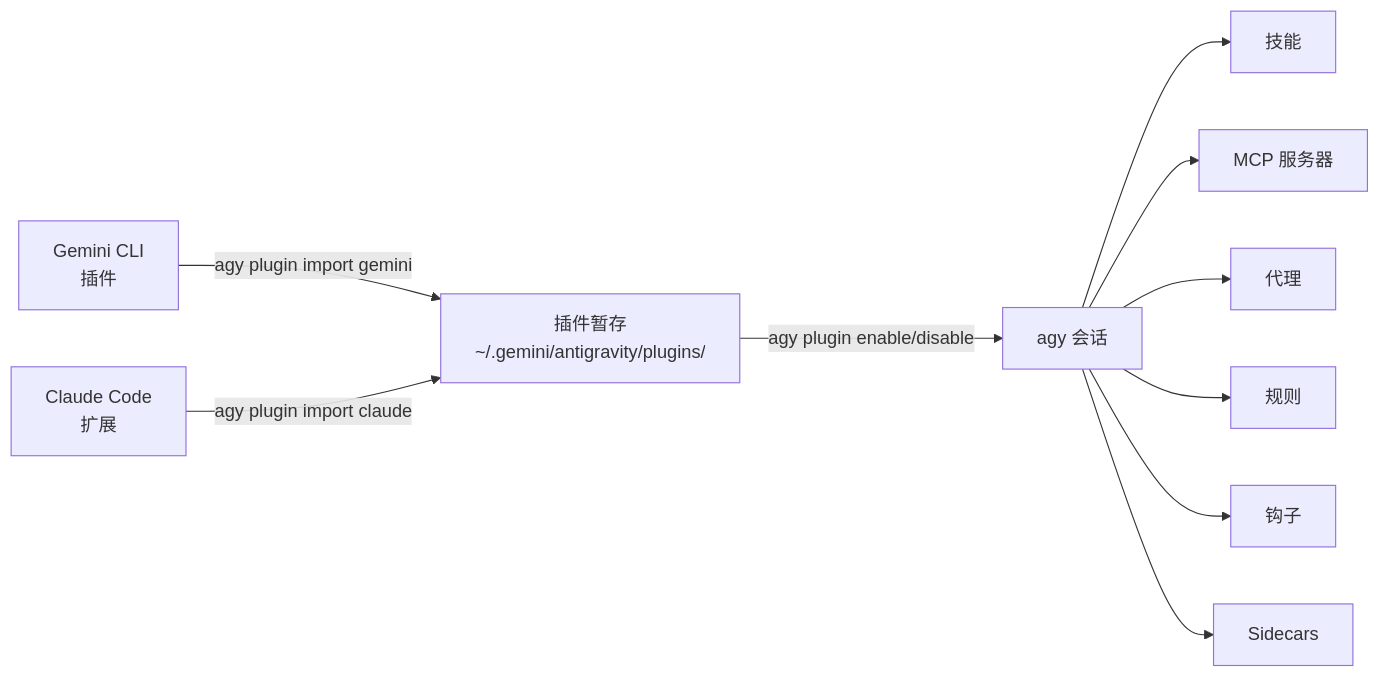
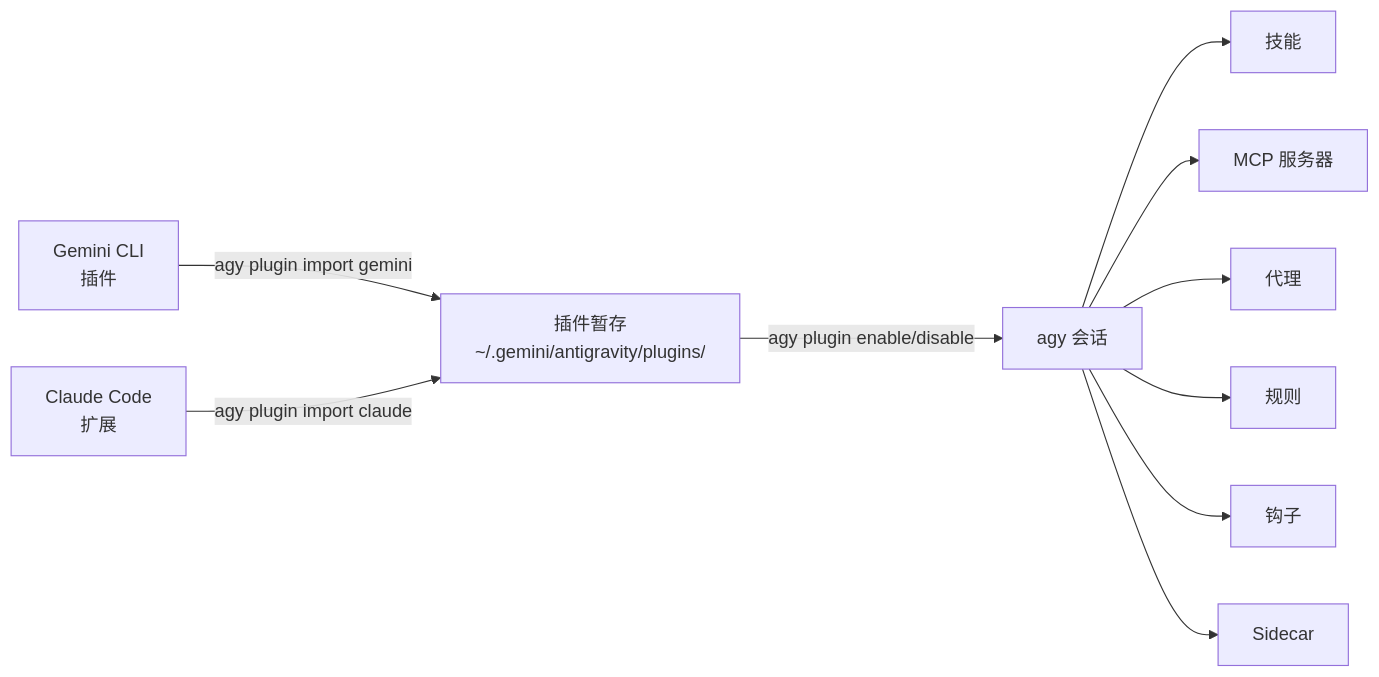
One commit to carlosmscabral/agy-cli-field-workshop changed the diagram in docs/zh/plugin-ecosystem.md. Above: the diagram before and after it, drawn with Mermaid. The commit also changed other lines of this file and 47 other files, not shown here.

````diff
--- a/docs/zh/plugin-ecosystem.md
+++ b/docs/zh/plugin-ecosystem.md
@@ -194,12 +194,12 @@
 ```mermaid
 graph LR
     GC["Gemini CLI\n插件"] --> |agy plugin import gemini| S["插件暂存\n~/.gemini/antigravity/plugins/"]
     CC["Claude Code\n扩展"] --> |agy plugin import claude| S
     S --> |agy plugin enable/disable| A[agy 会话]
     A --> SK[技能]
     A --> MCP[MCP 服务器]
     A --> AG[代理]
     A --> RU[规则]
     A --> HK[钩子]
-    A --> SD[Sidecars]
+    A --> SD[Sidecar]
 ```
````
